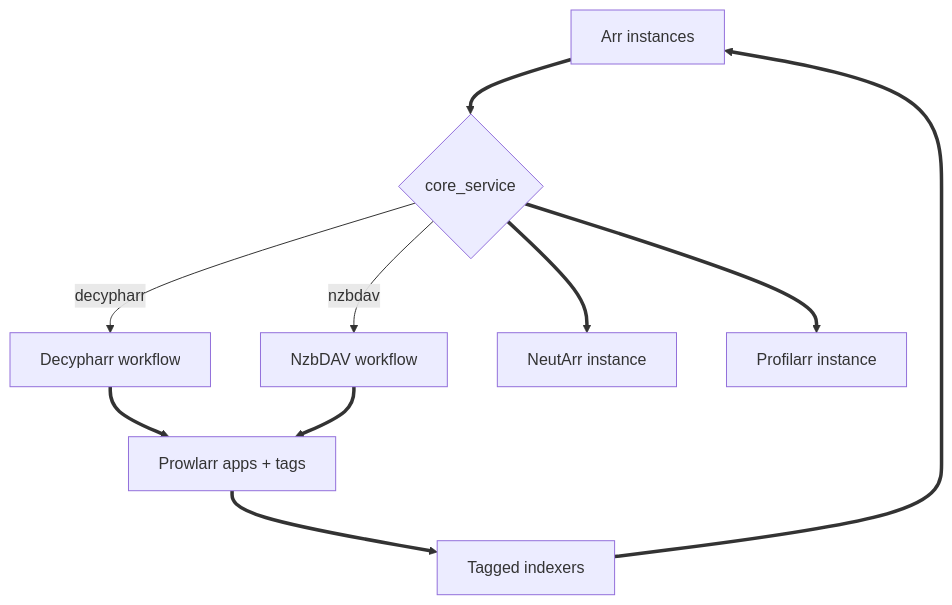
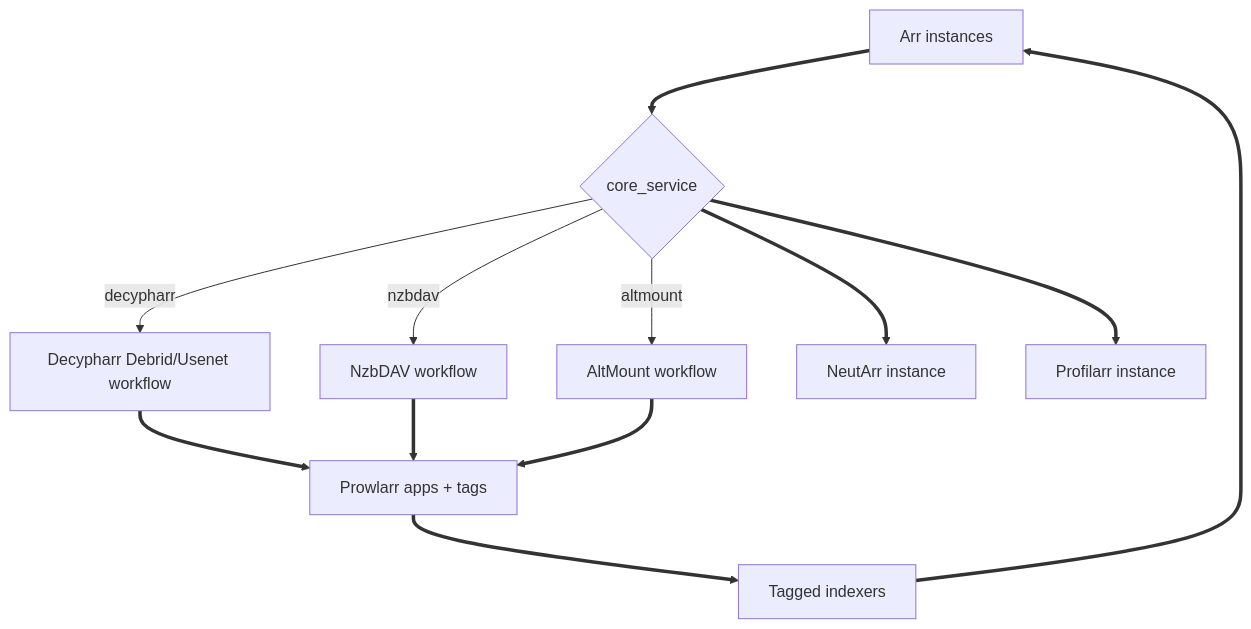
Before and after one commit to I-am-PUID-0/DUMB_docs: the diagram in docs/reference/core-service.md, drawn with Mermaid. The commit also changed other lines of this file and 33 other files, not shown here.

First line of the commit message:
feat: add AltMount service for Usenet workflows and enhance documentation

````diff
--- a/docs/reference/core-service.md
+++ b/docs/reference/core-service.md
@@ -27,22 +27,25 @@
 ```mermaid
 %%{ init: { "flowchart": { "curve": "basis" } } }%%
 flowchart TD
     ARR[Arr instances]
     CS{core_service}
-    DEC[Decypharr workflow]
+    DEC[Decypharr Debrid/Usenet workflow]
     NZB[NzbDAV workflow]
+    ALT[AltMount workflow]
     PROWLARR[Prowlarr apps + tags]
     IDX[Tagged indexers]
     NEUTARR[NeutArr instance]
     PROFILARR[Profilarr instance]
 
     ARR ==> CS
     CS -- decypharr --> DEC
     CS -- nzbdav --> NZB
+    CS -- altmount --> ALT
     DEC ==> PROWLARR
     NZB ==> PROWLARR
+    ALT ==> PROWLARR
     PROWLARR ==> IDX
     IDX ==> ARR
     CS ==> NEUTARR
     CS ==> PROFILARR
 ```
````
